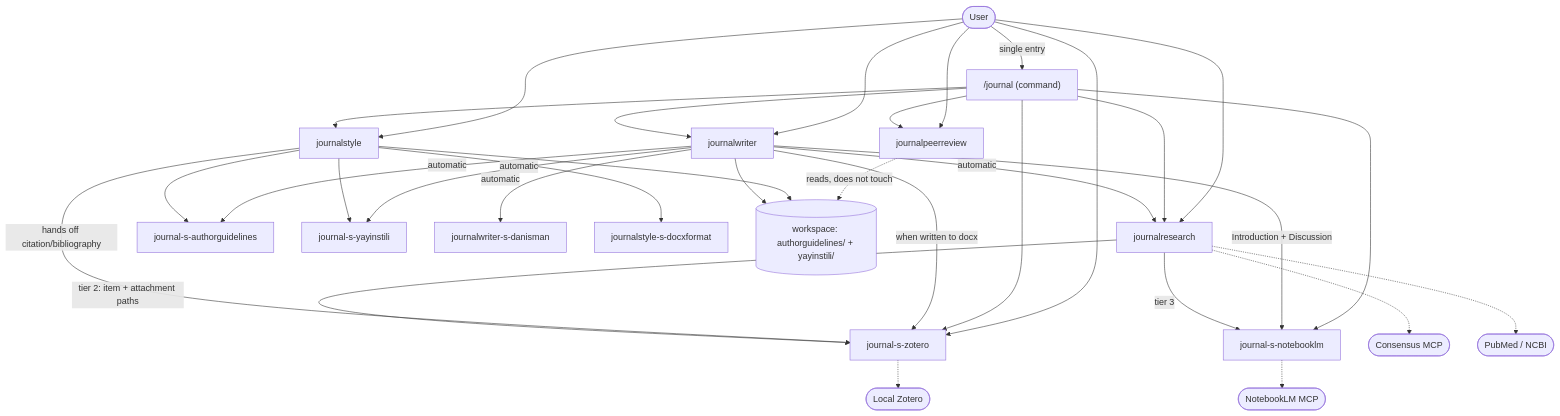
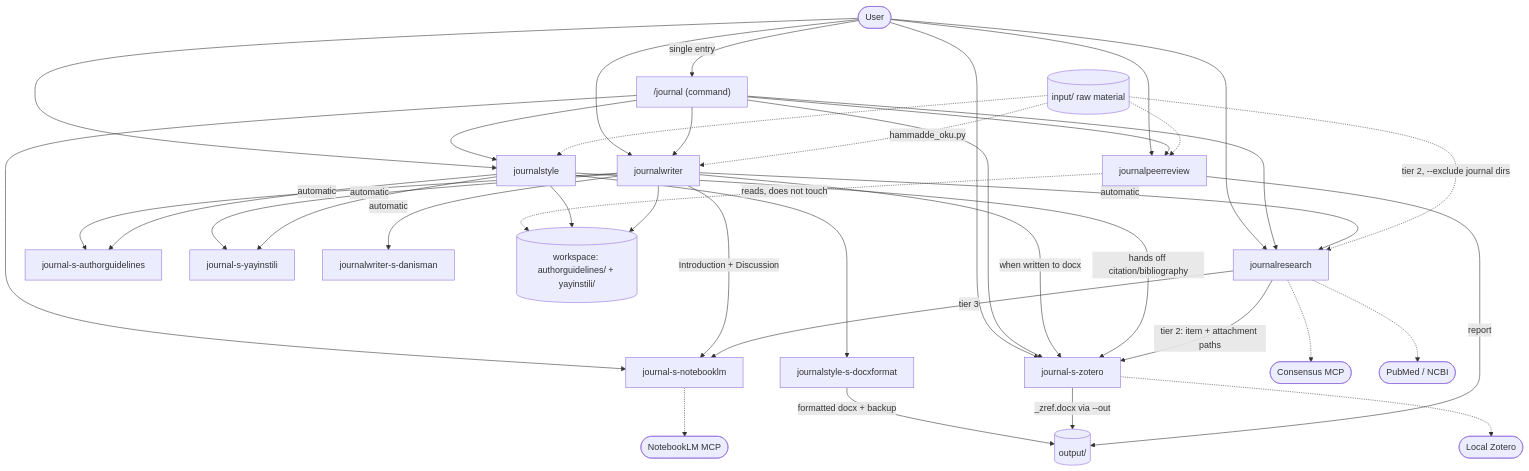
One commit to onurdavutdag/plugin-journal changed the diagram in CLAUDE.md. Above: the diagram before and after it, drawn with Mermaid. The commit also changed other lines of this file and 21 other files, not shown here.

First line of the commit message:
feat: plugin kokunde input/ + output/ hammadde modeli, surum 1.16.6 -> 1.17.0 — 20260906

````diff
--- a/CLAUDE.md
+++ b/CLAUDE.md
@@ -733,39 +829,47 @@
 ```mermaid
 flowchart TD
     U([User]) --> W[journalwriter]
     U --> J[journalstyle]
     U --> R[journalresearch]
     U --> Z[journal-s-zotero]
     U --> P[journalpeerreview]
 
     U -->|single entry| C["/journal (command)"]
     C --> W
     C --> J
     C --> R
     C --> Z
     C --> P
     C --> NLMA
 
     W -->|automatic| R
     W -->|automatic| AG[journal-s-authorguidelines]
     W -->|automatic| YS[journal-s-yayinstili]
     W -->|automatic| DAN[journalwriter-s-danisman]
     W -->|when written to docx| Z
     W -->|Introduction + Discussion| NLMA[journal-s-notebooklm]
     NLMA -.-> NLM([NotebookLM MCP])
 
     J --> AG
     J --> YS
     J --> DF[journalstyle-s-docxformat]
     J -->|hands off citation/bibliography| Z
 
     P -.->|reads, does not touch| PROF[(workspace: authorguidelines/ + yayinstili/)]
     J --> PROF
     W --> PROF
 
+    IN[(input/ raw material)] -.->|hammadde_oku.py| W
+    IN -.-> J
+    IN -.-> P
+    IN -.->|tier 2, --exclude journal dirs| R
+    DF -->|formatted docx + backup| OUT[(output/)]
+    Z -->|_zref.docx via --out| OUT
+    P -->|report| OUT
+
     R -->|tier 3| NLMA
     R -->|tier 2: item + attachment paths| Z
     R -.-> CONS([Consensus MCP])
     R -.-> PUB([PubMed / NCBI])
     Z -.-> ZOT([Local Zotero])
 ```
````
